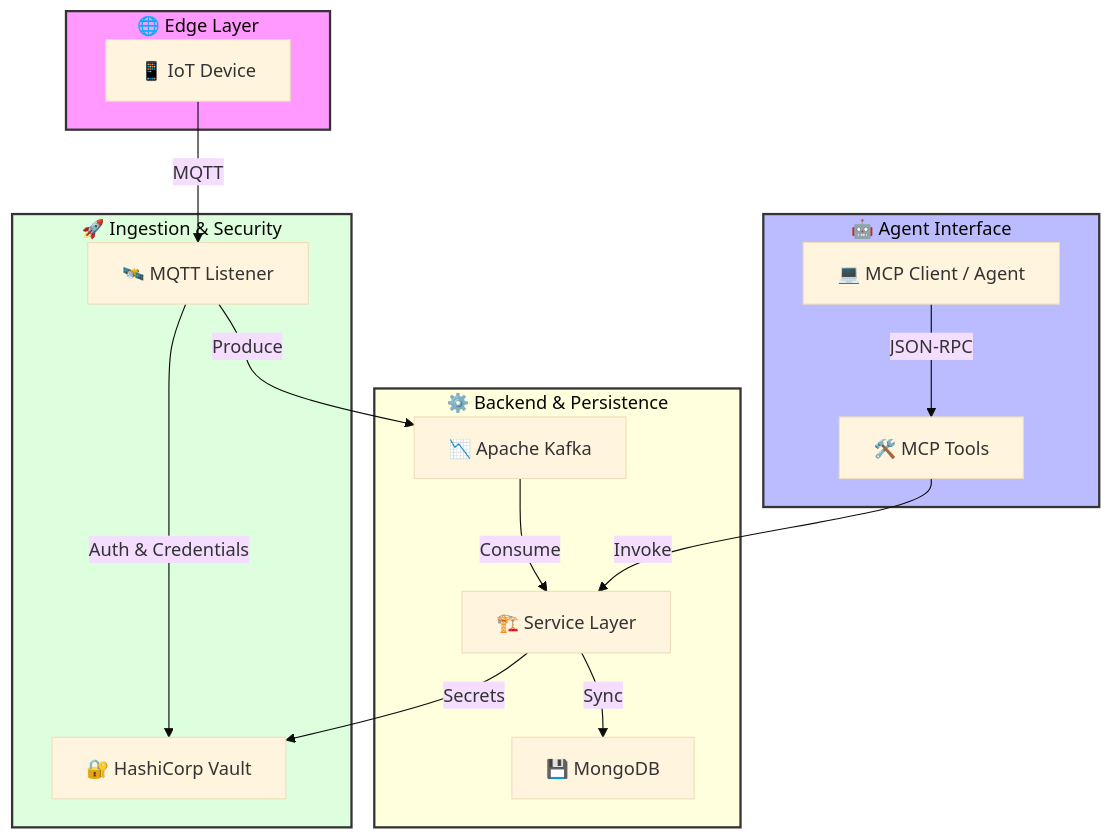
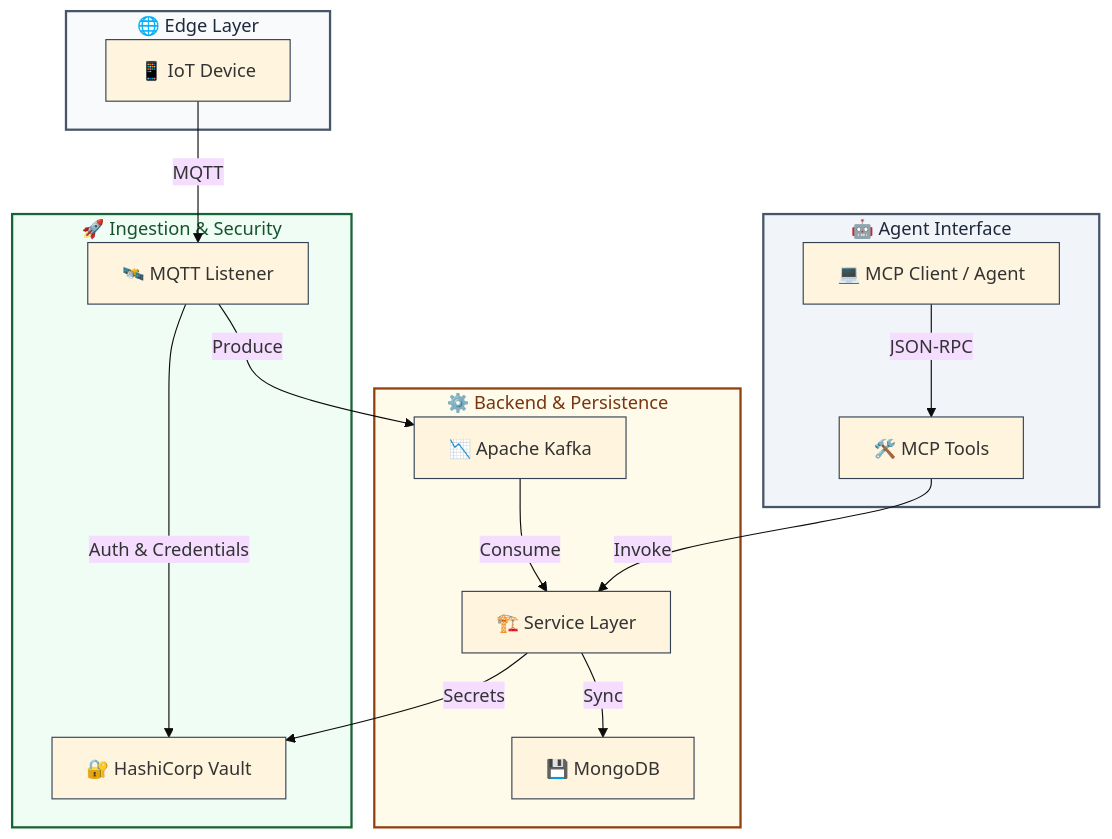
One commit to sidisl16/iot-riff changed the diagram in README.md. Above: the diagram before and after it, drawn with Mermaid (base theme).

Commit message:
Vault Readme

````diff
--- a/README.md
+++ b/README.md
@@ -28,40 +28,43 @@
 ```mermaid
 graph TB
     subgraph Edge ["🌐 Edge Layer"]
         Device["📱 IoT Device"]
     end
 
     subgraph Interface ["🤖 Agent Interface"]
         MCPClient["💻 MCP Client / Agent"]
         MCPTools["🛠️ MCP Tools"]
     end
 
     subgraph Ingestion ["🚀 Ingestion & Security"]
         Listener["🛰️ MQTT Listener"]
         Vault["🔐 HashiCorp Vault"]
     end
 
     subgraph Backend ["⚙️ Backend & Persistence"]
         Kafka["📉 Apache Kafka"]
         ServiceLayer["🏗️ Service Layer"]
         MongoDB["💾 MongoDB"]
     end
 
     %% Data Flow
     Device -- "MQTT" --> Listener
     Listener -- "Auth & Credentials" --> Vault
     Listener -- "Produce" --> Kafka
     Kafka -- "Consume" --> ServiceLayer
     ServiceLayer -- "Sync" --> MongoDB
     ServiceLayer -- "Secrets" --> Vault
 
     %% Control Flow
     MCPClient -- "JSON-RPC" --> MCPTools
     MCPTools -- "Invoke" --> ServiceLayer
 
     %% Styling
-    style Edge fill:#f9f,stroke:#333,stroke-width:2px
-    style Interface fill:#bbf,stroke:#333,stroke-width:2px
-    style Ingestion fill:#dfd,stroke:#333,stroke-width:2px
-    style Backend fill:#ffd,stroke:#333,stroke-width:2px
+    style Edge fill:#f8fafc,stroke:#475569,stroke-width:2px,color:#1e293b
+    style Interface fill:#f1f5f9,stroke:#475569,stroke-width:2px,color:#1e293b
+    style Ingestion fill:#f0fdf4,stroke:#166534,stroke-width:2px,color:#14532d
+    style Backend fill:#fffbeb,stroke:#92400e,stroke-width:2px,color:#78350f
+
+    %% Subgraph Styling
+    classDef default stroke:#334155,stroke-width:1px;
 ```
````
